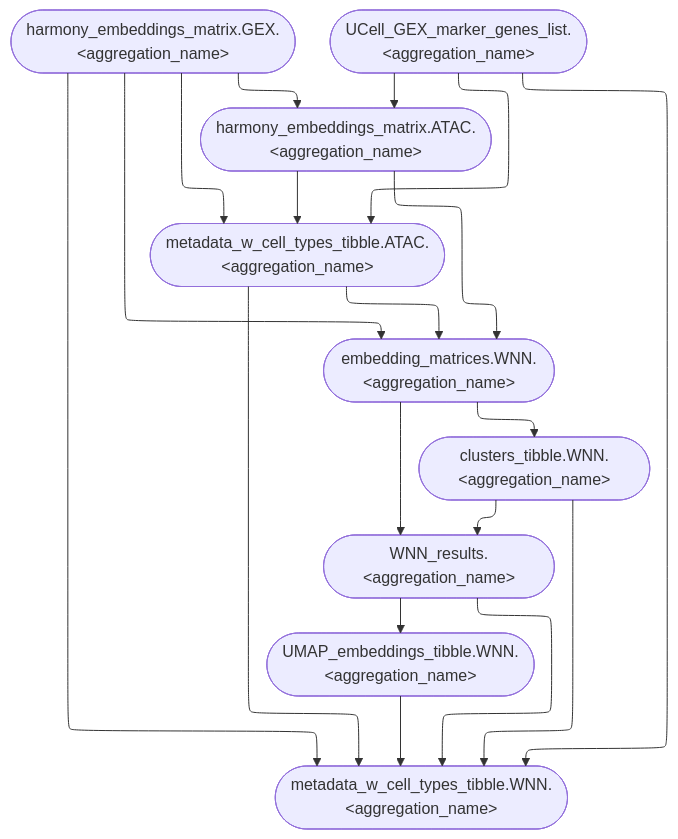
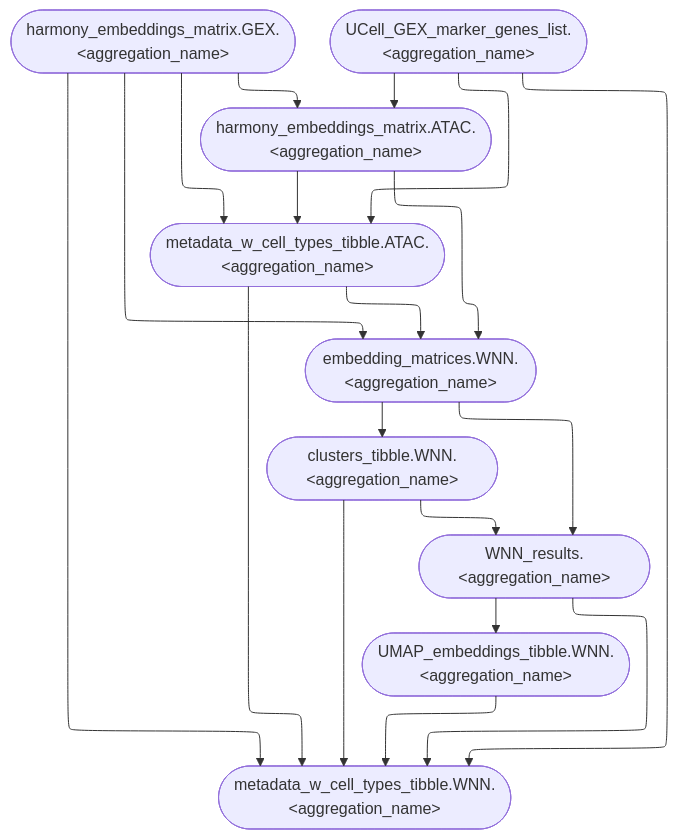
One commit to koefoeden/multiomeR changed the diagram in website/figures/human_curated/WNN_v2.mmd. Above: the diagram before and after it, drawn with Mermaid. The commit also changed 105 other files, not shown here.

```diff
--- a/website/figures/human_curated/WNN_v2.mmd
+++ b/website/figures/human_curated/WNN_v2.mmd
@@ -1,20 +1,20 @@
 %%{init: {'flowchart': {'defaultRenderer': 'elk'}}}%%
 flowchart TB
-  metadata_w_cell_types_tibble.ATAC.brain_mouse(["metadata_w_cell_types_tibble.ATAC.&lt;aggregation_name&gt;"]):::none --> embedding_matrices.WNN.brain_mouse(["embedding_matrices.WNN.&lt;aggregation_name&gt;"]):::none
-  harmony_embeddings_matrix.ATAC.brain_mouse(["harmony_embeddings_matrix.ATAC.&lt;aggregation_name&gt;"]):::none --> embedding_matrices.WNN.brain_mouse(["embedding_matrices.WNN.&lt;aggregation_name&gt;"]):::none
-  harmony_embeddings_matrix.GEX.brain_mouse(["harmony_embeddings_matrix.GEX.&lt;aggregation_name&gt;"]):::none --> embedding_matrices.WNN.brain_mouse(["embedding_matrices.WNN.&lt;aggregation_name&gt;"]):::none
-  UCell_GEX_marker_genes_list.brain_mouse(["UCell_GEX_marker_genes_list.&lt;aggregation_name&gt;"]):::none --> metadata_w_cell_types_tibble.WNN.brain_mouse(["metadata_w_cell_types_tibble.WNN.&lt;aggregation_name&gt;"]):::none
-  WNN_results.brain_mouse(["WNN_results.&lt;aggregation_name&gt;"]):::none --> UMAP_embeddings_tibble.WNN.brain_mouse(["UMAP_embeddings_tibble.WNN.&lt;aggregation_name&gt;"]):::none
-  clusters_tibble.WNN.brain_mouse(["clusters_tibble.WNN.&lt;aggregation_name&gt;"]):::none --> WNN_results.brain_mouse(["WNN_results.&lt;aggregation_name&gt;"]):::none
-  embedding_matrices.WNN.brain_mouse(["embedding_matrices.WNN.&lt;aggregation_name&gt;"]):::none --> WNN_results.brain_mouse(["WNN_results.&lt;aggregation_name&gt;"]):::none
-  UCell_GEX_marker_genes_list.brain_mouse(["UCell_GEX_marker_genes_list.&lt;aggregation_name&gt;"]):::none --> harmony_embeddings_matrix.ATAC.brain_mouse(["harmony_embeddings_matrix.ATAC.&lt;aggregation_name&gt;"]):::none
-  harmony_embeddings_matrix.GEX.brain_mouse(["harmony_embeddings_matrix.GEX.&lt;aggregation_name&gt;"]):::none --> harmony_embeddings_matrix.ATAC.brain_mouse(["harmony_embeddings_matrix.ATAC.&lt;aggregation_name&gt;"]):::none
-  UCell_GEX_marker_genes_list.brain_mouse(["UCell_GEX_marker_genes_list.&lt;aggregation_name&gt;"]):::none --> metadata_w_cell_types_tibble.ATAC.brain_mouse(["metadata_w_cell_types_tibble.ATAC.&lt;aggregation_name&gt;"]):::none
-  harmony_embeddings_matrix.GEX.brain_mouse(["harmony_embeddings_matrix.GEX.&lt;aggregation_name&gt;"]):::none --> metadata_w_cell_types_tibble.ATAC.brain_mouse(["metadata_w_cell_types_tibble.ATAC.&lt;aggregation_name&gt;"]):::none
-  embedding_matrices.WNN.brain_mouse(["embedding_matrices.WNN.&lt;aggregation_name&gt;"]):::none --> clusters_tibble.WNN.brain_mouse(["clusters_tibble.WNN.&lt;aggregation_name&gt;"]):::none
-  harmony_embeddings_matrix.ATAC.brain_mouse(["harmony_embeddings_matrix.ATAC.&lt;aggregation_name&gt;"]):::none --> metadata_w_cell_types_tibble.ATAC.brain_mouse(["metadata_w_cell_types_tibble.ATAC.&lt;aggregation_name&gt;"]):::none
-  metadata_w_cell_types_tibble.ATAC.brain_mouse(["metadata_w_cell_types_tibble.ATAC.&lt;aggregation_name&gt;"]):::none --> metadata_w_cell_types_tibble.WNN.brain_mouse(["metadata_w_cell_types_tibble.WNN.&lt;aggregation_name&gt;"]):::none
-  UMAP_embeddings_tibble.WNN.brain_mouse(["UMAP_embeddings_tibble.WNN.&lt;aggregation_name&gt;"]):::none --> metadata_w_cell_types_tibble.WNN.brain_mouse(["metadata_w_cell_types_tibble.WNN.&lt;aggregation_name&gt;"]):::none
-  clusters_tibble.WNN.brain_mouse(["clusters_tibble.WNN.&lt;aggregation_name&gt;"]):::none --> metadata_w_cell_types_tibble.WNN.brain_mouse(["metadata_w_cell_types_tibble.WNN.&lt;aggregation_name&gt;"]):::none
-  WNN_results.brain_mouse(["WNN_results.&lt;aggregation_name&gt;"]):::none --> metadata_w_cell_types_tibble.WNN.brain_mouse(["metadata_w_cell_types_tibble.WNN.&lt;aggregation_name&gt;"]):::none
-  harmony_embeddings_matrix.GEX.brain_mouse(["harmony_embeddings_matrix.GEX.&lt;aggregation_name&gt;"]):::none --> metadata_w_cell_types_tibble.WNN.brain_mouse(["metadata_w_cell_types_tibble.WNN.&lt;aggregation_name&gt;"]):::none
+  harmony_embeddings_matrix.ATAC.immune_human_2x(["harmony_embeddings_matrix.ATAC.&lt;aggregation_name&gt;"]):::none --> embedding_matrices.WNN.immune_human_2x(["embedding_matrices.WNN.&lt;aggregation_name&gt;"]):::none
+  harmony_embeddings_matrix.GEX.immune_human_2x(["harmony_embeddings_matrix.GEX.&lt;aggregation_name&gt;"]):::none --> embedding_matrices.WNN.immune_human_2x(["embedding_matrices.WNN.&lt;aggregation_name&gt;"]):::none
+  metadata_w_cell_types_tibble.ATAC.immune_human_2x(["metadata_w_cell_types_tibble.ATAC.&lt;aggregation_name&gt;"]):::none --> embedding_matrices.WNN.immune_human_2x(["embedding_matrices.WNN.&lt;aggregation_name&gt;"]):::none
+  UCell_GEX_marker_genes_list.immune_human_2x(["UCell_GEX_marker_genes_list.&lt;aggregation_name&gt;"]):::none --> metadata_w_cell_types_tibble.WNN.immune_human_2x(["metadata_w_cell_types_tibble.WNN.&lt;aggregation_name&gt;"]):::none
+  WNN_results.immune_human_2x(["WNN_results.&lt;aggregation_name&gt;"]):::none --> UMAP_embeddings_tibble.WNN.immune_human_2x(["UMAP_embeddings_tibble.WNN.&lt;aggregation_name&gt;"]):::none
+  embedding_matrices.WNN.immune_human_2x(["embedding_matrices.WNN.&lt;aggregation_name&gt;"]):::none --> WNN_results.immune_human_2x(["WNN_results.&lt;aggregation_name&gt;"]):::none
+  clusters_tibble.WNN.immune_human_2x(["clusters_tibble.WNN.&lt;aggregation_name&gt;"]):::none --> WNN_results.immune_human_2x(["WNN_results.&lt;aggregation_name&gt;"]):::none
+  UCell_GEX_marker_genes_list.immune_human_2x(["UCell_GEX_marker_genes_list.&lt;aggregation_name&gt;"]):::none --> harmony_embeddings_matrix.ATAC.immune_human_2x(["harmony_embeddings_matrix.ATAC.&lt;aggregation_name&gt;"]):::none
+  harmony_embeddings_matrix.GEX.immune_human_2x(["harmony_embeddings_matrix.GEX.&lt;aggregation_name&gt;"]):::none --> harmony_embeddings_matrix.ATAC.immune_human_2x(["harmony_embeddings_matrix.ATAC.&lt;aggregation_name&gt;"]):::none
+  UCell_GEX_marker_genes_list.immune_human_2x(["UCell_GEX_marker_genes_list.&lt;aggregation_name&gt;"]):::none --> metadata_w_cell_types_tibble.ATAC.immune_human_2x(["metadata_w_cell_types_tibble.ATAC.&lt;aggregation_name&gt;"]):::none
+  harmony_embeddings_matrix.GEX.immune_human_2x(["harmony_embeddings_matrix.GEX.&lt;aggregation_name&gt;"]):::none --> metadata_w_cell_types_tibble.ATAC.immune_human_2x(["metadata_w_cell_types_tibble.ATAC.&lt;aggregation_name&gt;"]):::none
+  embedding_matrices.WNN.immune_human_2x(["embedding_matrices.WNN.&lt;aggregation_name&gt;"]):::none --> clusters_tibble.WNN.immune_human_2x(["clusters_tibble.WNN.&lt;aggregation_name&gt;"]):::none
+  harmony_embeddings_matrix.ATAC.immune_human_2x(["harmony_embeddings_matrix.ATAC.&lt;aggregation_name&gt;"]):::none --> metadata_w_cell_types_tibble.ATAC.immune_human_2x(["metadata_w_cell_types_tibble.ATAC.&lt;aggregation_name&gt;"]):::none
+  metadata_w_cell_types_tibble.ATAC.immune_human_2x(["metadata_w_cell_types_tibble.ATAC.&lt;aggregation_name&gt;"]):::none --> metadata_w_cell_types_tibble.WNN.immune_human_2x(["metadata_w_cell_types_tibble.WNN.&lt;aggregation_name&gt;"]):::none
+  UMAP_embeddings_tibble.WNN.immune_human_2x(["UMAP_embeddings_tibble.WNN.&lt;aggregation_name&gt;"]):::none --> metadata_w_cell_types_tibble.WNN.immune_human_2x(["metadata_w_cell_types_tibble.WNN.&lt;aggregation_name&gt;"]):::none
+  clusters_tibble.WNN.immune_human_2x(["clusters_tibble.WNN.&lt;aggregation_name&gt;"]):::none --> metadata_w_cell_types_tibble.WNN.immune_human_2x(["metadata_w_cell_types_tibble.WNN.&lt;aggregation_name&gt;"]):::none
+  WNN_results.immune_human_2x(["WNN_results.&lt;aggregation_name&gt;"]):::none --> metadata_w_cell_types_tibble.WNN.immune_human_2x(["metadata_w_cell_types_tibble.WNN.&lt;aggregation_name&gt;"]):::none
+  harmony_embeddings_matrix.GEX.immune_human_2x(["harmony_embeddings_matrix.GEX.&lt;aggregation_name&gt;"]):::none --> metadata_w_cell_types_tibble.WNN.immune_human_2x(["metadata_w_cell_types_tibble.WNN.&lt;aggregation_name&gt;"]):::none
```
